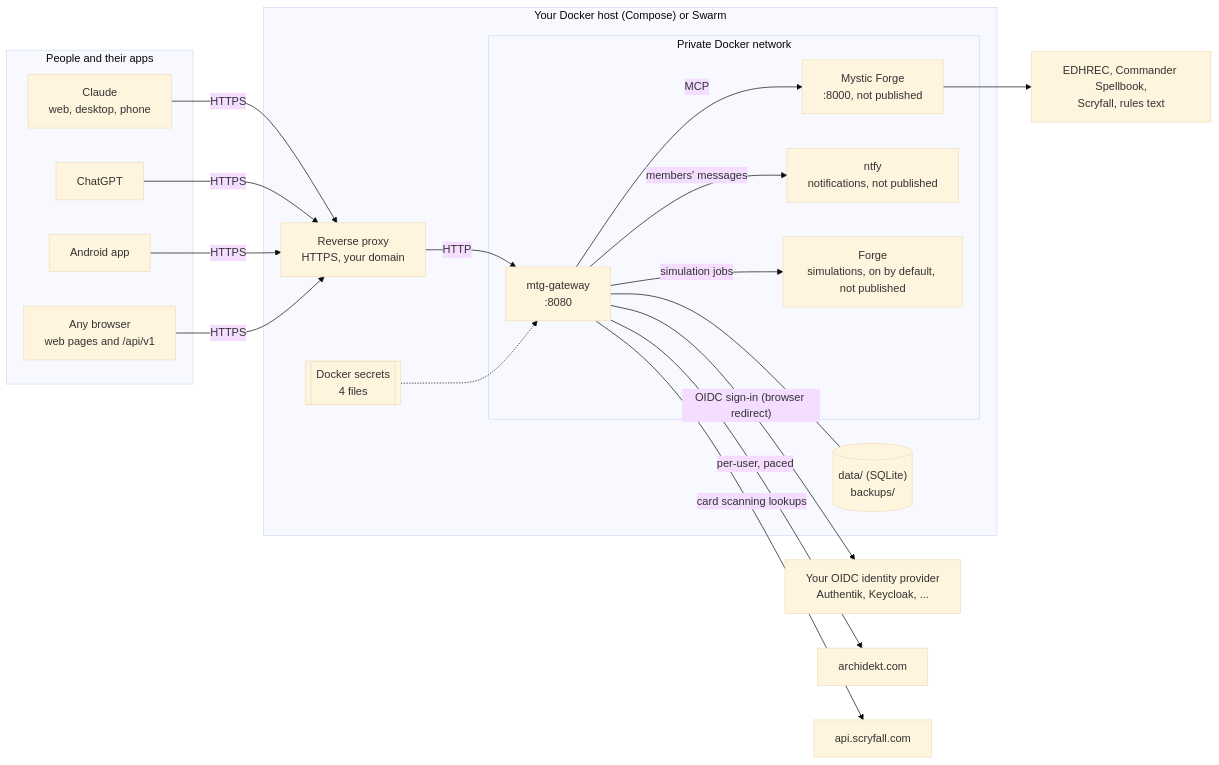
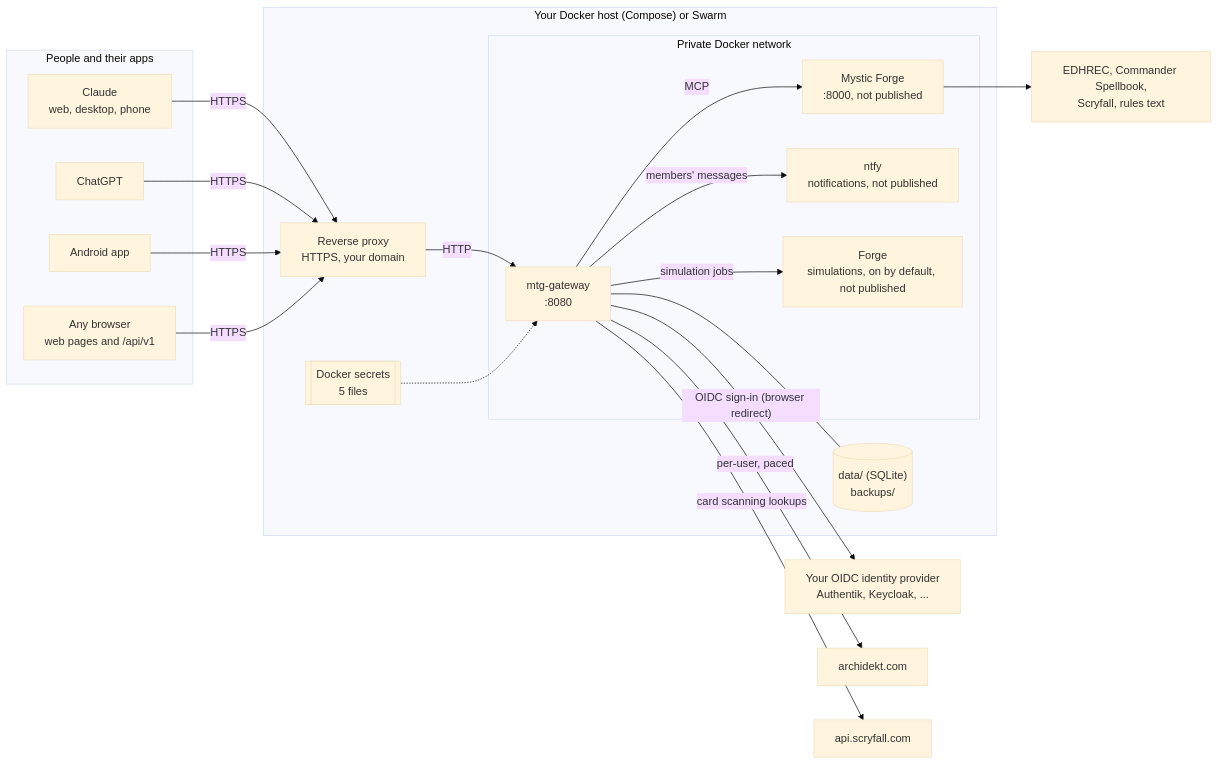
The first of 2 diagrams in docs/ARCHITECTURE.md (TheUncleBen/MTG-Assistant-Gateway), drawn with Mermaid (base theme) before and after one commit. The commit also changed other lines of this file and 3 other files, not shown here.

Commit message:
Docs name all five Docker secrets; the note for the hidden export tool names get_deck's real argument

````diff
--- a/docs/ARCHITECTURE.md
+++ b/docs/ARCHITECTURE.md
@@ -8,38 +8,38 @@
 ```mermaid
 flowchart LR
   subgraph clients["People and their apps"]
     claude["Claude<br/>web, desktop, phone"]
     chatgpt["ChatGPT"]
     android["Android app"]
     browser["Any browser<br/>web pages and /api/v1"]
   end
 
   subgraph host["Your Docker host (Compose) or Swarm"]
     proxy["Reverse proxy<br/>HTTPS, your domain"]
     subgraph net["Private Docker network"]
       gw["mtg-gateway<br/>:8080"]
       mf["Mystic Forge<br/>:8000, not published"]
       ntfy["ntfy<br/>notifications, not published"]
       forge["Forge<br/>simulations, on by default, not published"]
     end
     data[("data/ (SQLite)<br/>backups/")]
-    secrets[["Docker secrets<br/>4 files"]]
+    secrets[["Docker secrets<br/>5 files"]]
   end
 
   idp["Your OIDC identity provider<br/>Authentik, Keycloak, ..."]
   archidekt["archidekt.com"]
   scryfall["api.scryfall.com"]
   upstream["EDHREC, Commander Spellbook,<br/>Scryfall, rules text"]
 
   claude & chatgpt & android & browser -- HTTPS --> proxy
   proxy -- HTTP --> gw
   gw -- MCP --> mf
   gw -- "members' messages" --> ntfy
   gw -- "simulation jobs" --> forge
   gw --- data
   secrets -.-> gw
   gw -- "OIDC sign-in (browser redirect)" --> idp
   gw -- "per-user, paced" --> archidekt
   gw -- "card scanning lookups" --> scryfall
   mf --> upstream
 ```
````
